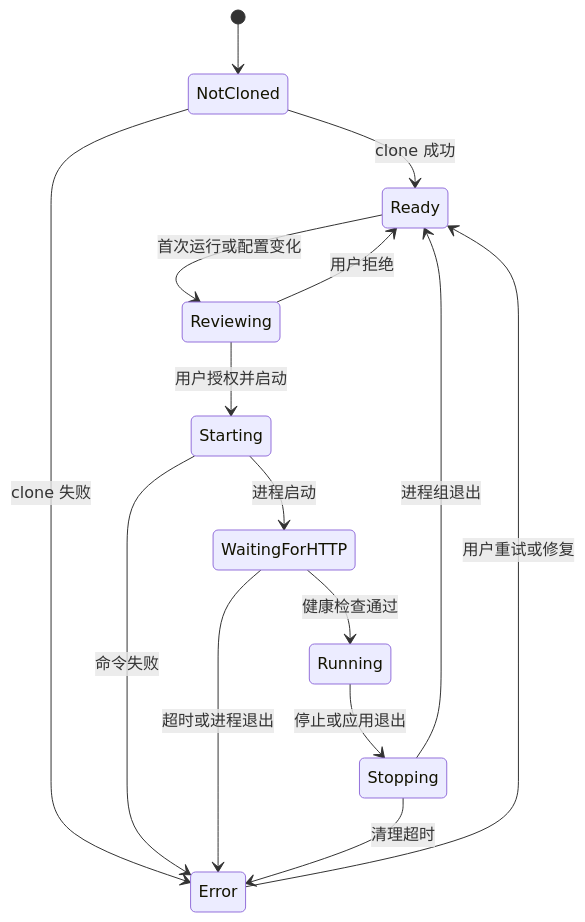
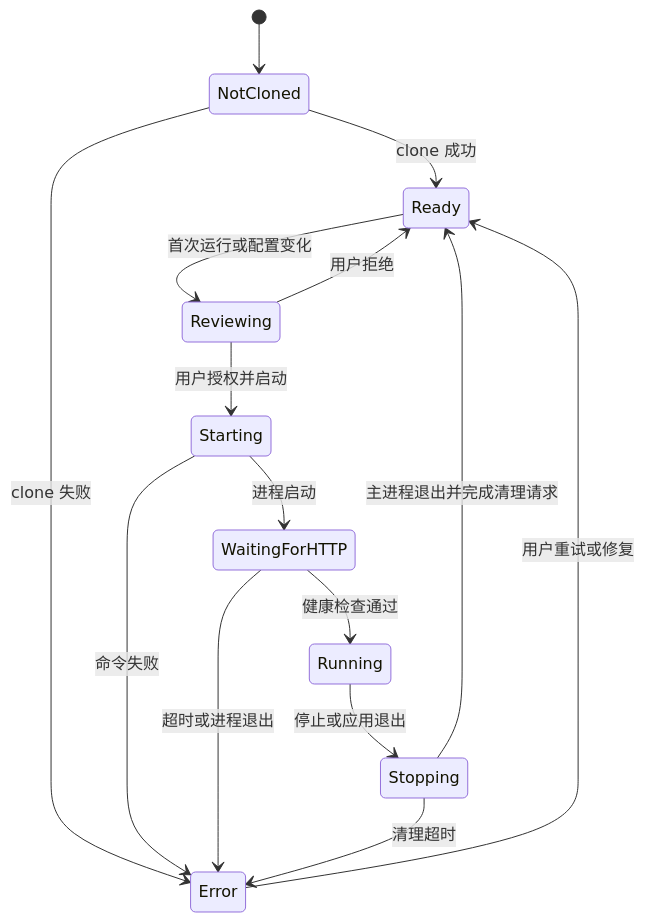
One commit to Aaronliu2016/runloft changed the second of 2 diagrams in docs/ARCHITECTURE.md. Above: the diagram before and after it, drawn with Mermaid. The commit also changed other lines of this file and 8 other files, not shown here.

````diff
--- a/docs/ARCHITECTURE.md
+++ b/docs/ARCHITECTURE.md
@@ -44,17 +44,17 @@
 ```mermaid
 stateDiagram-v2
     [*] --> NotCloned
     NotCloned --> Ready: clone 成功
     NotCloned --> Error: clone 失败
     Ready --> Reviewing: 首次运行或配置变化
     Reviewing --> Ready: 用户拒绝
     Reviewing --> Starting: 用户授权并启动
     Starting --> WaitingForHTTP: 进程启动
     Starting --> Error: 命令失败
     WaitingForHTTP --> Running: 健康检查通过
     WaitingForHTTP --> Error: 超时或进程退出
     Running --> Stopping: 停止或应用退出
-    Stopping --> Ready: 进程组退出
+    Stopping --> Ready: 主进程退出并完成清理请求
     Stopping --> Error: 清理超时
     Error --> Ready: 用户重试或修复
 ```
````
